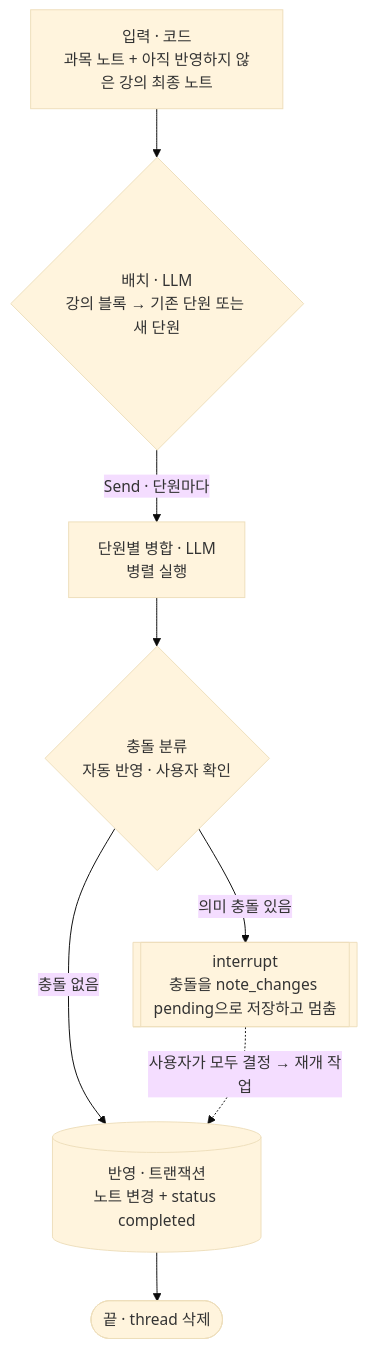
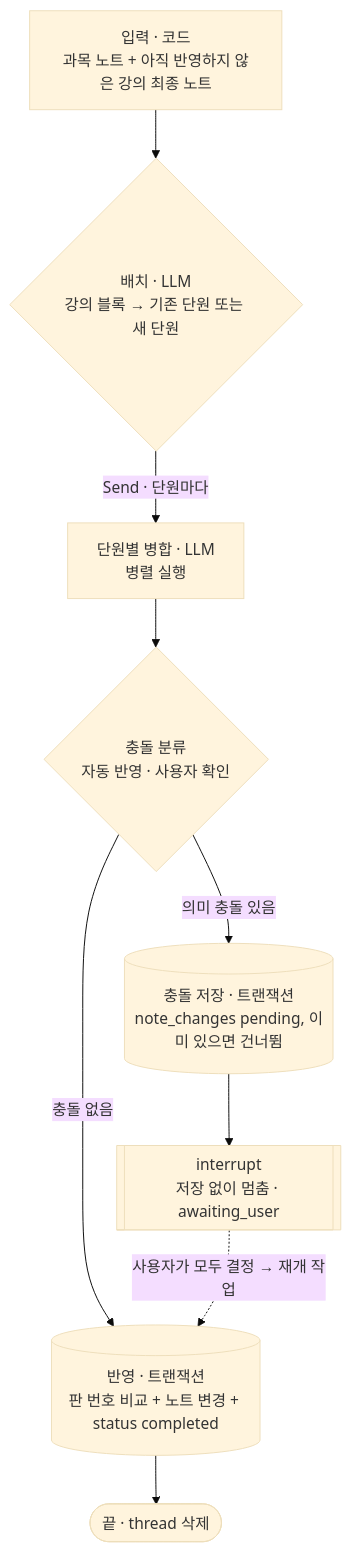
Before and after one commit to MinGyu-Kim0/notree: the first of 2 diagrams in docs/schema-mvp.md, drawn with Mermaid (base theme). The commit also changed other lines of this file and 9 other files, not shown here.

````diff
--- a/docs/schema-mvp.md
+++ b/docs/schema-mvp.md
@@ -80,10 +80,11 @@
 ```mermaid
 flowchart TB
   IN[입력 · 코드<br/>과목 노트 + 아직 반영하지 않은 강의 최종 노트] --> PLAN{배치 · LLM<br/>강의 블록 → 기존 단원 또는 새 단원}
   PLAN -- Send · 단원마다 --> MERGE[단원별 병합 · LLM<br/>병렬 실행]
   MERGE --> CLS{충돌 분류<br/>자동 반영 · 사용자 확인}
-  CLS -- 충돌 없음 --> APPLY[(반영 · 트랜잭션<br/>노트 변경 + status completed)]
-  CLS -- 의미 충돌 있음 --> ASK[[interrupt<br/>충돌을 note_changes pending으로 저장하고 멈춤]]
+  CLS -- 충돌 없음 --> APPLY[(반영 · 트랜잭션<br/>판 번호 비교 + 노트 변경 + status completed)]
+  CLS -- 의미 충돌 있음 --> SAVE[(충돌 저장 · 트랜잭션<br/>note_changes pending, 이미 있으면 건너뜀)]
+  SAVE --> ASK[[interrupt<br/>저장 없이 멈춤 · awaiting_user]]
   ASK -. 사용자가 모두 결정 → 재개 작업 .-> APPLY
   APPLY --> END([끝 · thread 삭제])
 ```
````
